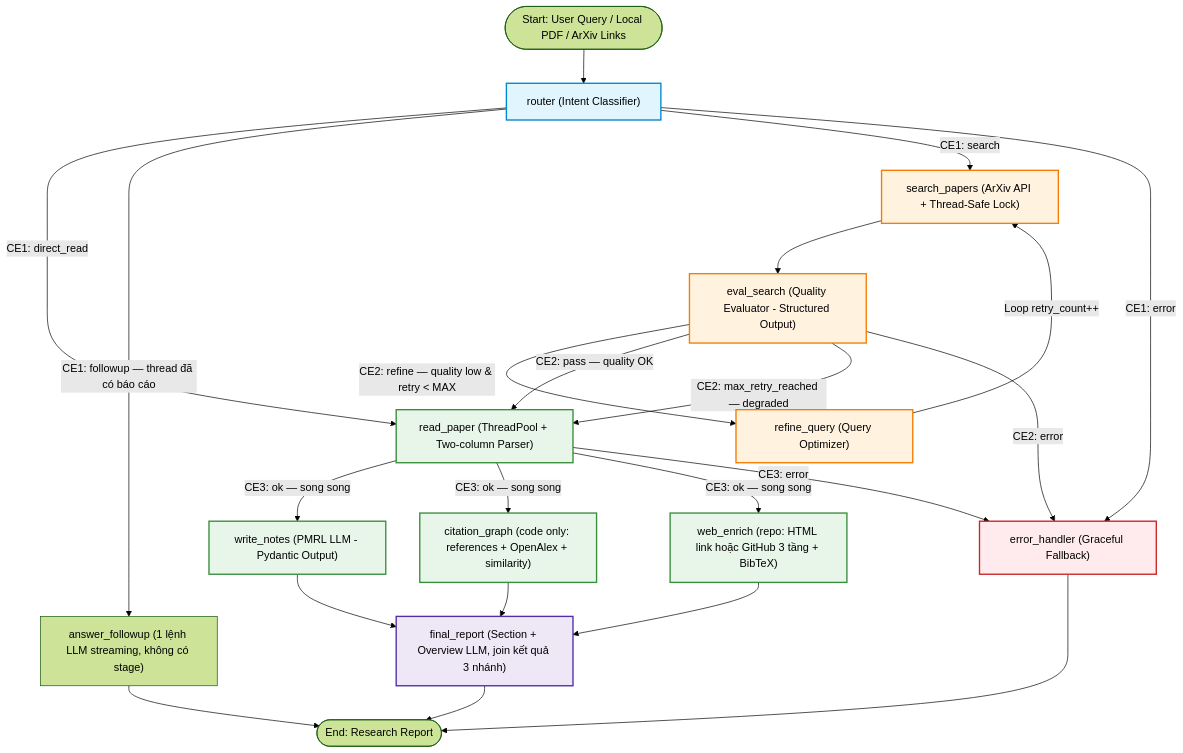
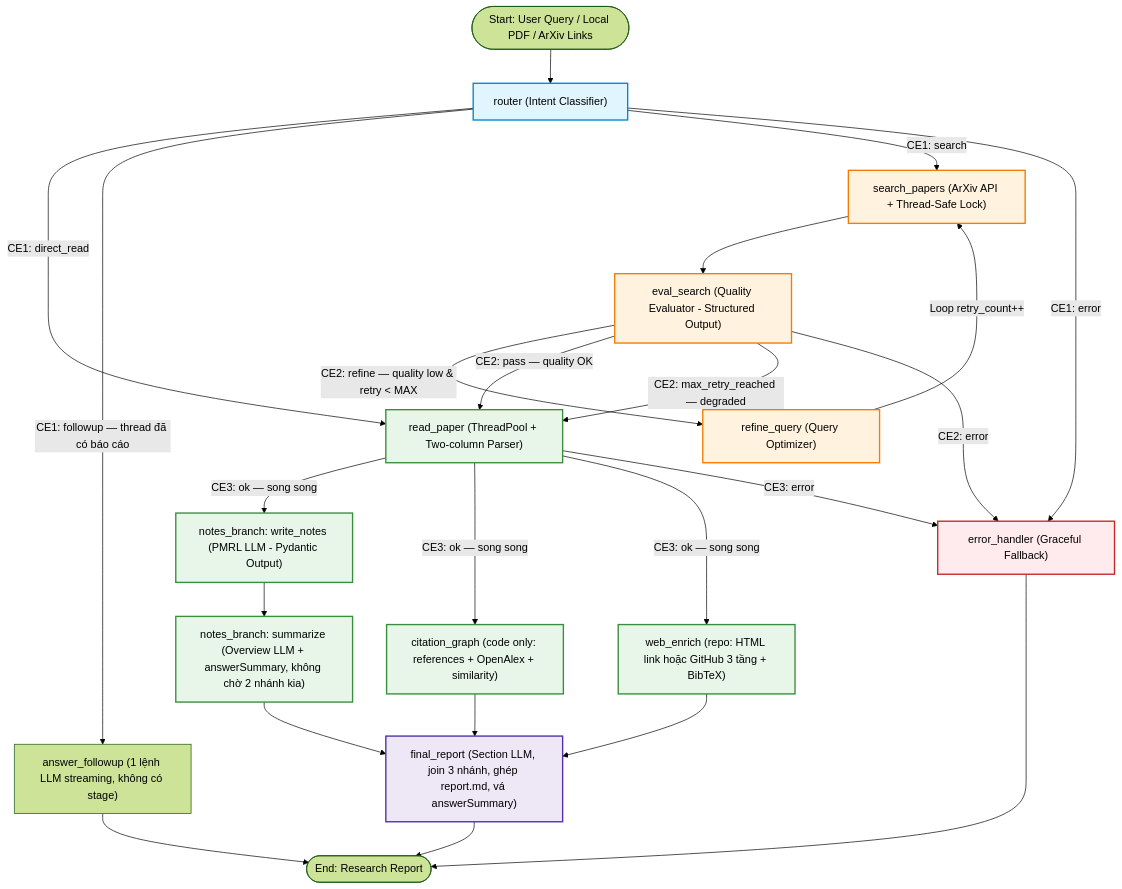
Before and after one commit to HaAnh05/Agent-research-papers: the diagram in docs/architecture.md, drawn with Mermaid (forest theme). The commit also changed other lines of this file and 29 other files, not shown here.

````diff
--- a/docs/architecture.md
+++ b/docs/architecture.md
@@ -9,44 +9,46 @@
 ```mermaid
 flowchart TD
     Start([Start: User Query / Local PDF / ArXiv Links]) --> Router["router (Intent Classifier)"]
 
     %% CE1 Routing
     Router -->|CE1: direct_read| ReadPaper["read_paper (ThreadPool + Two-column Parser)"]
     Router -->|CE1: followup — thread đã có báo cáo| AnswerFollowup["answer_followup (1 lệnh LLM streaming, không có stage)"]
     Router -->|CE1: search| SearchPapers["search_papers (ArXiv API + Thread-Safe Lock)"]
     Router -->|CE1: error| ErrorHandler["error_handler (Graceful Fallback)"]
 
     %% Search & Eval Loop
     SearchPapers --> EvalSearch["eval_search (Quality Evaluator - Structured Output)"]
 
     %% CE2 Routing
     EvalSearch -->|CE2: refine — quality low & retry < MAX| RefineQuery["refine_query (Query Optimizer)"]
     RefineQuery -->|Loop retry_count++| SearchPapers
     EvalSearch -->|CE2: pass — quality OK| ReadPaper
     EvalSearch -->|CE2: max_retry_reached — degraded| ReadPaper
     EvalSearch -->|CE2: error| ErrorHandler
 
     %% CE3 Routing: fan out to 3 parallel branches, join at final_report
-    ReadPaper -->|CE3: ok — song song| WriteNotes["write_notes (PMRL LLM - Pydantic Output)"]
+    ReadPaper -->|CE3: ok — song song| WriteNotes["notes_branch: write_notes (PMRL LLM - Pydantic Output)"]
+    WriteNotes --> Summarize["notes_branch: summarize (Overview LLM + answerSummary, không chờ 2 nhánh kia)"]
     ReadPaper -->|CE3: ok — song song| CitationGraph["citation_graph (code only: references + OpenAlex + similarity)"]
     ReadPaper -->|CE3: ok — song song| WebEnrich["web_enrich (repo: HTML link hoặc GitHub 3 tầng + BibTeX)"]
     ReadPaper -->|CE3: error| ErrorHandler
-    WriteNotes --> FinalReport["final_report (Section + Overview LLM, join kết quả 3 nhánh)"]
+    Summarize --> FinalReport["final_report (Section LLM, join 3 nhánh, ghép report.md, vá answerSummary)"]
     CitationGraph --> FinalReport
     WebEnrich --> FinalReport
 
     FinalReport --> End([End: Research Report])
     AnswerFollowup --> End
     ErrorHandler --> End
 
     style Router fill:#e1f5fe,stroke:#0288d1,stroke-width:2px
     style SearchPapers fill:#fff3e0,stroke:#f57c00,stroke-width:2px
     style EvalSearch fill:#fff3e0,stroke:#f57c00,stroke-width:2px
     style RefineQuery fill:#fff3e0,stroke:#f57c00,stroke-width:2px
     style ReadPaper fill:#e8f5e9,stroke:#388e3c,stroke-width:2px
     style WebEnrich fill:#e8f5e9,stroke:#388e3c,stroke-width:2px
     style WriteNotes fill:#e8f5e9,stroke:#388e3c,stroke-width:2px
     style CitationGraph fill:#e8f5e9,stroke:#388e3c,stroke-width:2px
+    style Summarize fill:#e8f5e9,stroke:#388e3c,stroke-width:2px
     style FinalReport fill:#ede7f6,stroke:#512da8,stroke-width:2px
     style ErrorHandler fill:#ffebee,stroke:#c62828,stroke-width:2px
 ```
````
